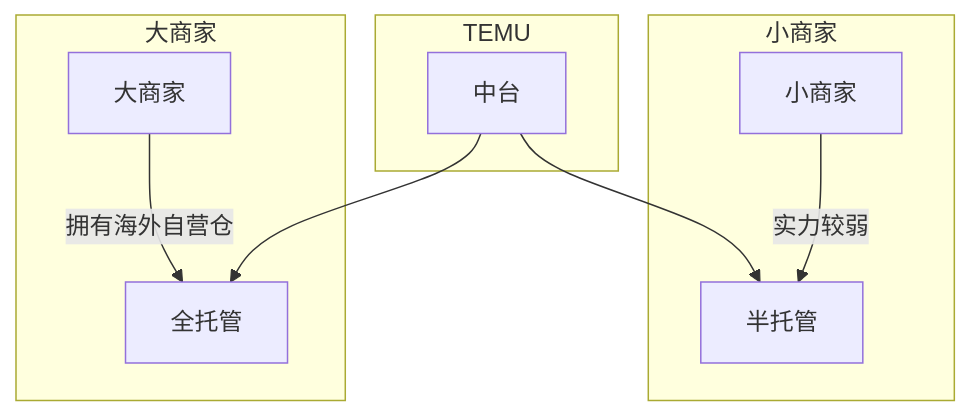
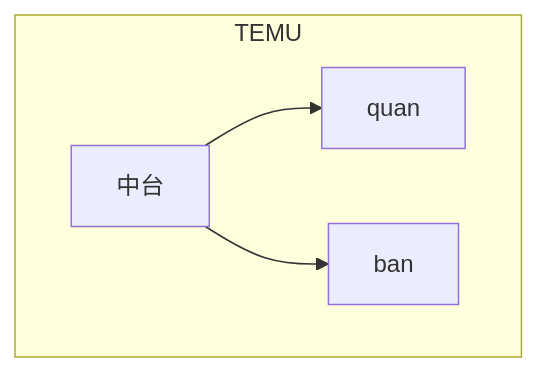
One commit to Zora0203/iodraw-files changed the diagram in all/TEMU链路图.md. Above: the diagram before and after it, drawn with Mermaid.

Commit message:
2024-12-06 16:33:21 update

````diff
--- a/all/TEMU链路图.md
+++ b/all/TEMU链路图.md
@@ -1,18 +1,11 @@
 ```mermaid
 flowchart TB
 
-    subgraph 小商家
-    a1[小商家]--实力较弱-->ban[半托管]
-    end
 
-
-    subgraph 大商家
-    b1[大商家]--拥有海外自营仓-->quan[全托管]
-    end
 
 
     subgraph TEMU
     c1[中台]-->quan
     c1-->ban
     end
 ```
````
